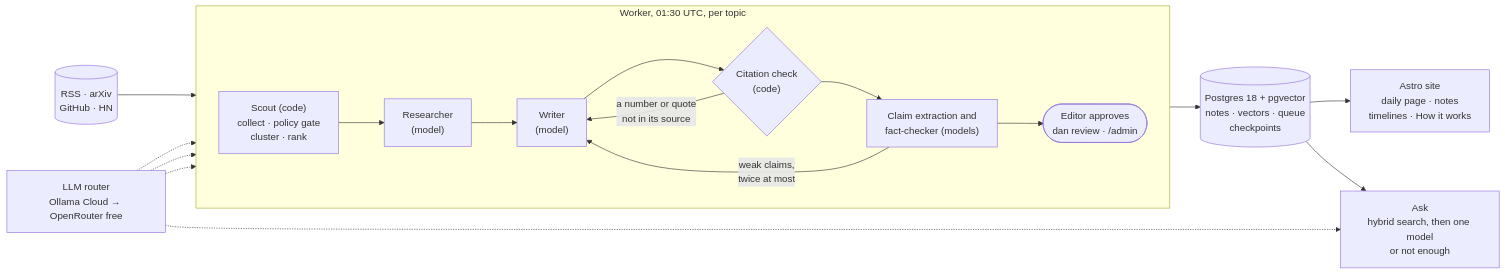
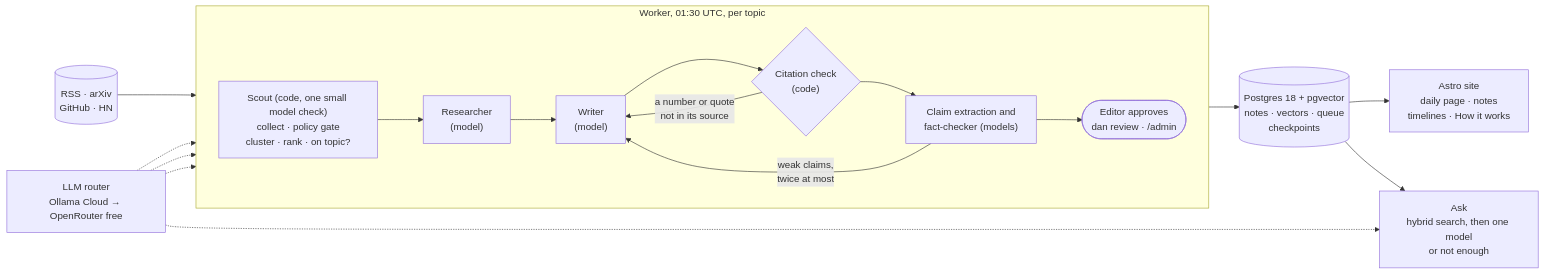
The diagram in README.md (erentnr/dailyainotes), drawn with Mermaid before and after one commit. The commit also changed other lines of this file and 10 other files, not shown here.

First line of the commit message:
Ask a small model whether Scout's best stories are about their topic

````diff
--- a/README.md
+++ b/README.md
@@ -23,18 +23,18 @@
 ```mermaid
 flowchart LR
     subgraph nightly["Worker, 01:30 UTC, per topic"]
         direction LR
-        scout["Scout (code)<br/>collect · policy gate<br/>cluster · rank"] --> research["Researcher<br/>(model)"]
+        scout["Scout (code, one small model check)<br/>collect · policy gate<br/>cluster · rank · on topic?"] --> research["Researcher<br/>(model)"]
         research --> writer["Writer<br/>(model)"]
         writer --> cite{"Citation check<br/>(code)"}
         cite -- "a number or quote<br/>not in its source" --> writer
         cite --> verify["Claim extraction and<br/>fact-checker (models)"]
         verify -- "weak claims,<br/>twice at most" --> writer
         verify --> review(["Editor approves<br/>dan review · /admin"])
     end
     sources[("RSS · arXiv<br/>GitHub · HN")] --> scout
     review --> pg[("Postgres 18 + pgvector<br/>notes · vectors · queue<br/>checkpoints")]
     pg --> site["Astro site<br/>daily page · notes<br/>timelines · How it works"]
     pg --> ask["Ask<br/>hybrid search, then one model<br/>or not enough"]
     router["LLM router<br/>Ollama Cloud → OpenRouter free"] -.-> research & writer & verify & ask
 ```
````
